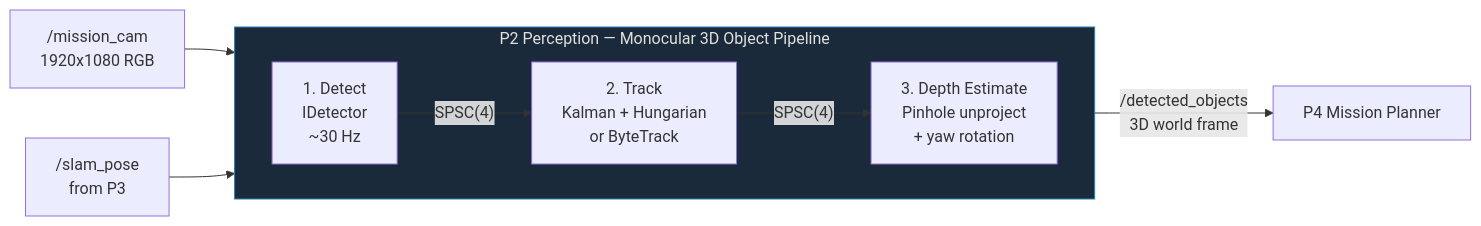
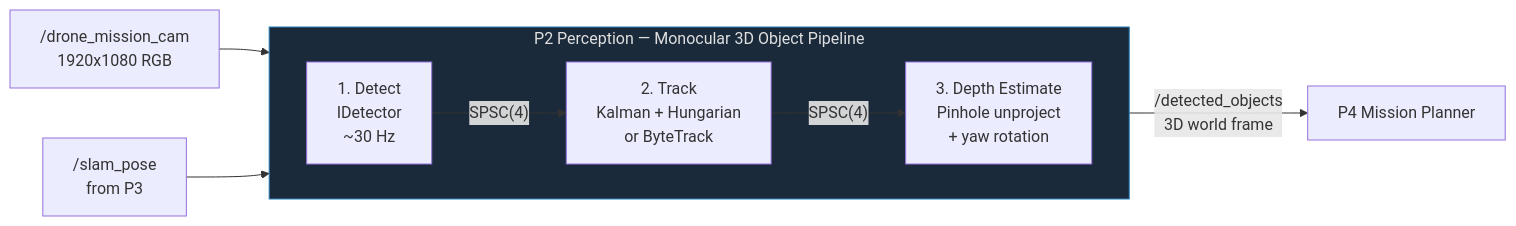
Before and after one commit to nmohamaya/companion_software_stack: the third of 9 diagrams in README.md, drawn with Mermaid. The commit also changed other lines of this file and 3 other files, not shown here.

````diff
--- a/README.md
+++ b/README.md
@@ -161,18 +161,18 @@
 ```mermaid
 graph LR
     subgraph P2["P2 Perception — Monocular 3D Object Pipeline"]
         direction LR
         Infer["1. Detect\nIDetector\n~30 Hz"]
         Track["2. Track\nKalman + Hungarian\nor ByteTrack"]
         Fuse["3. Depth Estimate\nPinhole unproject\n+ yaw rotation"]
 
         Infer -->|"SPSC(4)"| Track
         Track -->|"SPSC(4)"| Fuse
     end
 
-    MissionCam["/mission_cam\n1920x1080 RGB"] --> Infer
+    MissionCam["/drone_mission_cam\n1920x1080 RGB"] --> Infer
     Pose["/slam_pose\nfrom P3"] --> Fuse
     Fuse -->|"/detected_objects\n3D world frame"| P4["P4 Mission Planner"]
 
     style P2 fill:#1a2a3a,stroke:#2980b9,color:#e0e0e0
 ```
````
